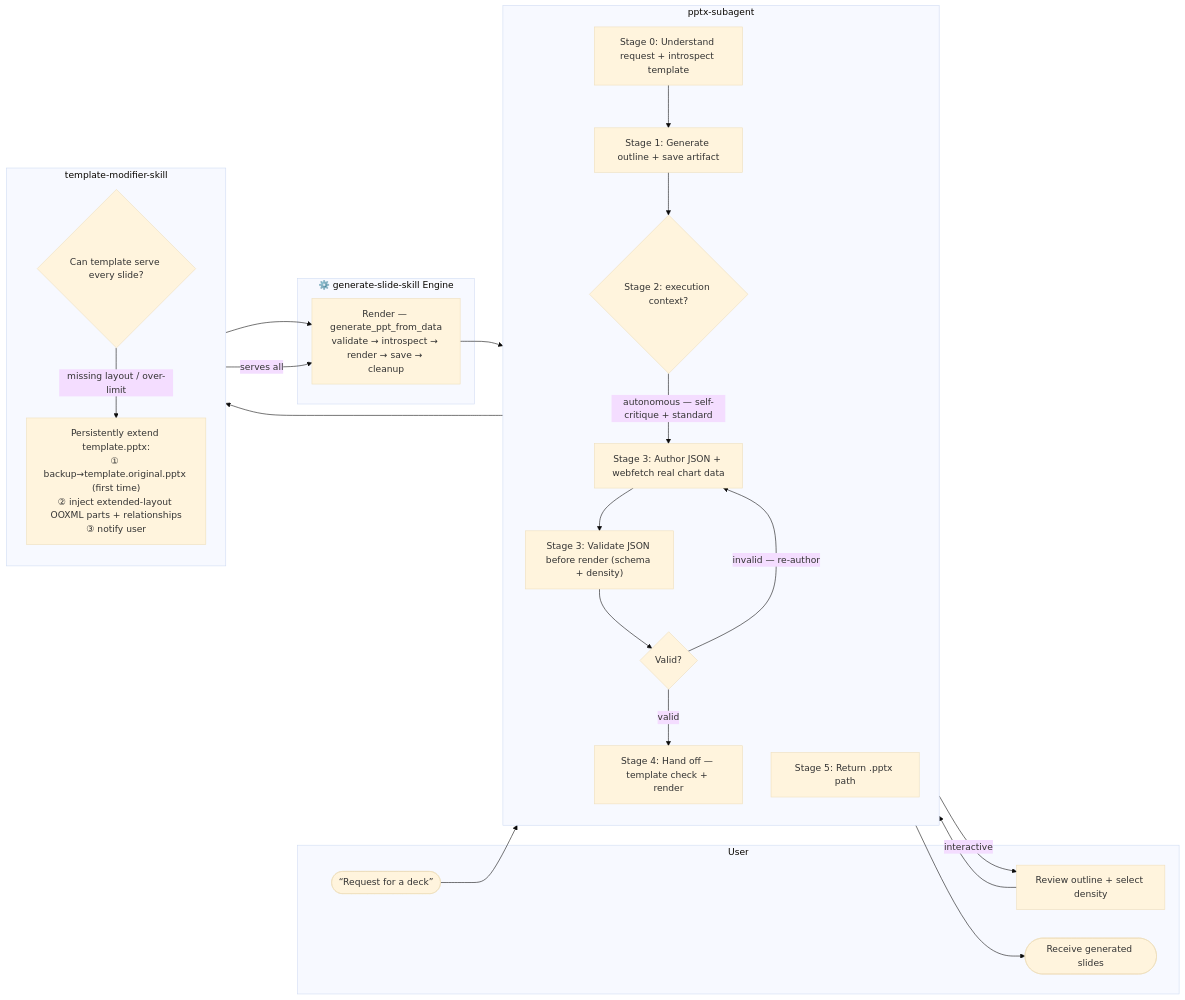
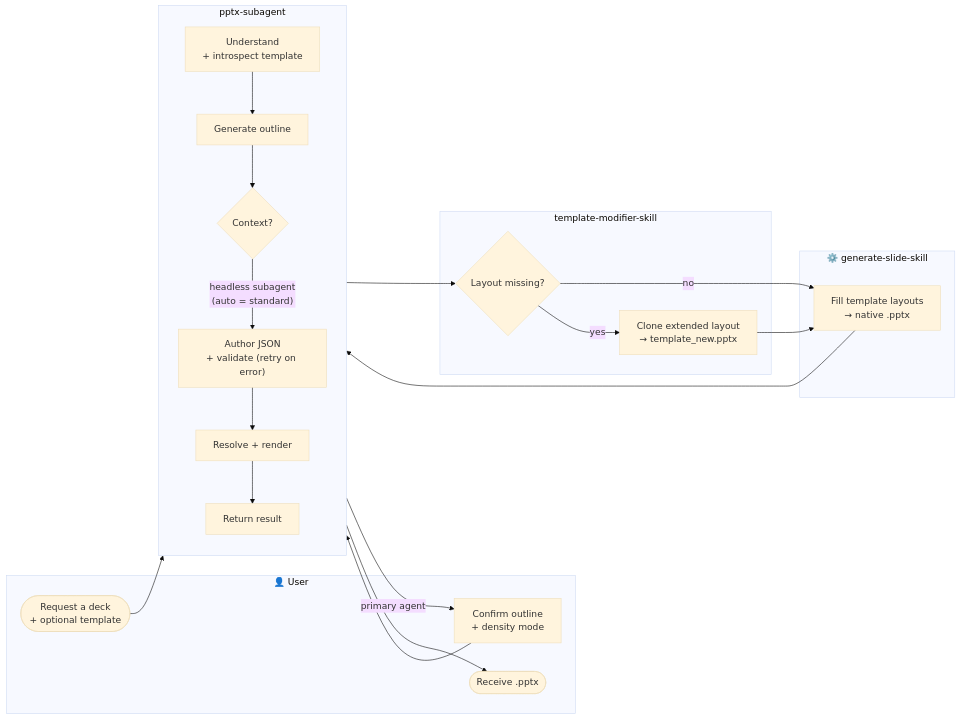
One commit to wcyapplemist/opencode-config-template-chenyu changed the diagram in docs/workflow/workflow-diagram.mmd. Above: the diagram before and after it, drawn with Mermaid (base theme). The commit also changed 29 other files, not shown here.

First line of the commit message:
feat(pptx-subagent): generate-first workflow -- drop pre-gen checkpoint, add post-gen refinements (GIT-76, closes #76)

```diff
--- a/docs/workflow/workflow-diagram.mmd
+++ b/docs/workflow/workflow-diagram.mmd
@@ -1,48 +1,40 @@
-%% PPTX Subagent System — Workflow Diagram (swimlane / cross-functional flowchart)
-%% Render at https://mermaid.live (paste everything below the line)
-%% Lanes = participants; cross-lane arrows = responsibility handoffs.
+%% PPTX Subagent System — Workflow Diagram (KEY steps · swimlane / responsibility view)
+%% Replaces the previous version. For the simplest linear view see workflow-diagram-linear.mmd;
+%% for the full mechanism see workflow-diagram-detailed.mmd.
+%% Render at https://mermaid.live
 flowchart LR
-    subgraph User["User"]
-        U0([“Request for a deck”])
-        U1["Review outline + select density"]
-        Uend([Receive generated slides])
+    subgraph User["👤 User"]
+        U0([Request a deck<br/>+ optional template])
+        U1[Confirm outline<br/>+ density mode]
+        Uend([Receive .pptx])
     end
 
-    subgraph Subagent["pptx-subagent"]
+    subgraph Agent["pptx-subagent"]
         direction TB
-        A0["Stage 0: Understand request + introspect template"]
-        A1["Stage 1: Generate outline + save artifact"]
-        A2{"Stage 2: execution context?"}
-        A3["Stage 3: Author JSON + webfetch real chart data"]
-        A4["Stage 3: Validate JSON before render (schema + density)"]
-        A4d{"Valid?"}
-        A5["Stage 4: Hand off — template check + render"]
-        A6["Stage 5: Return .pptx path"]
+        S0["Understand<br/>+ introspect template"]
+        S1["Generate outline"]
+        S2{"Context?"}
+        S3["Author JSON<br/>+ validate (retry on error)"]
+        S4["Resolve + render"]
+        S5["Return result"]
+        S0 --> S1 --> S2
+        S3 --> S4 --> S5
     end
 
-    subgraph Modifier["template-modifier-skill"]
-        direction TB
-        T0{"Can template serve every slide?"}
-        T1["Persistently extend template.pptx:<br/>① backup→template.original.pptx (first time)<br/>② inject extended-layout OOXML parts + relationships<br/>③ notify user"]
+    subgraph Ext["template-modifier-skill"]
+        X0{"Layout missing?"}
+        X1[Clone extended layout<br/>→ template_new.pptx]
     end
 
-    subgraph Engine["⚙️ generate-slide-skill Engine"]
-        E0["Render — generate_ppt_from_data<br/>validate → introspect → render → save → cleanup"]
+    subgraph Engine["⚙️ generate-slide-skill"]
+        E0[Fill template layouts<br/>→ native .pptx]
     end
 
-    U0 --> A0
-    A0 --> A1
-    A1 --> A2
-    A2 -->|"interactive"| U1
-    U1 --> A3
-    A2 -->|"autonomous — self-critique + standard"| A3
-    A3 --> A4
-    A4 --> A4d
-    A4d -->|"invalid — re-author"| A3
-    A4d -->|"valid"| A5
-    A5 --> T0
-    T0 -->|"missing layout / over-limit"| T1
-    T1 --> E0
-    T0 -->|"serves all"| E0
-    E0 --> A6
-    A6 --> Uend
+    U0 --> S0
+    S2 -->|"primary agent"| U1
+    S2 -->|"headless subagent<br/>(auto = standard)"| S3
+    U1 --> S3
+    S4 --> X0
+    X0 -->|"no"| E0
+    X0 -->|"yes"| X1 --> E0
+    E0 --> S5 --> Uend
```
